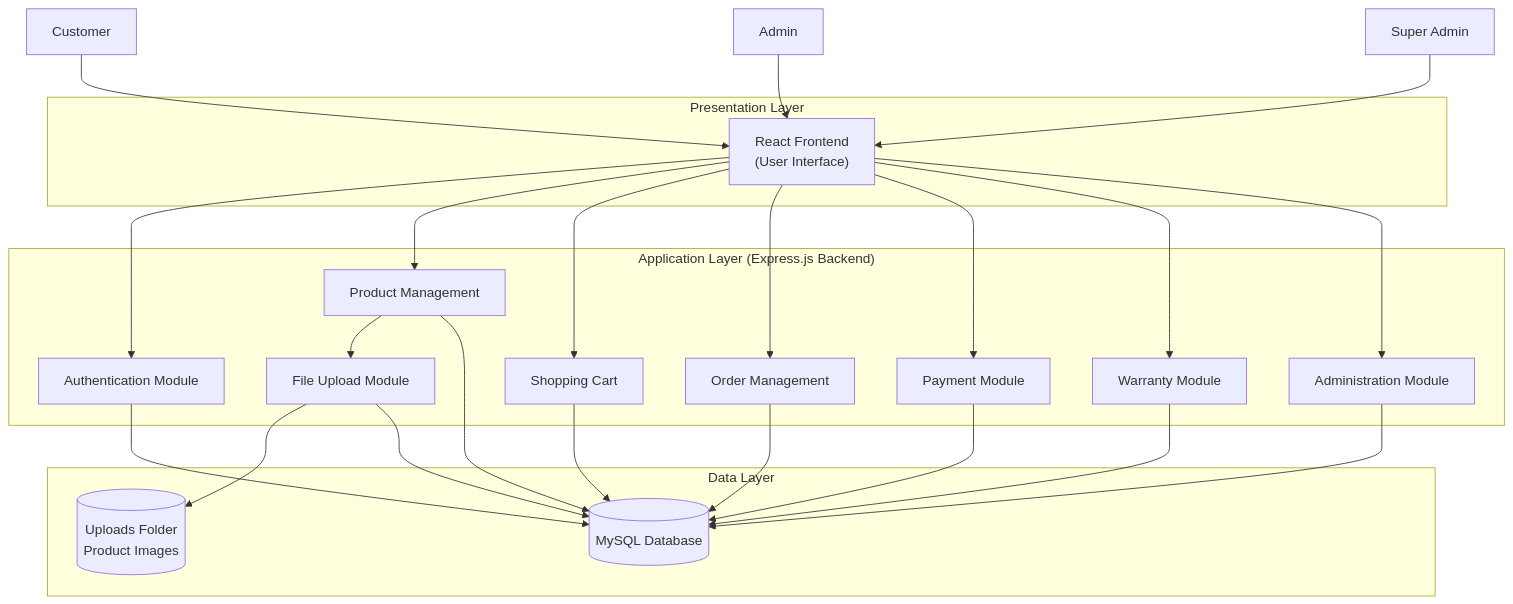
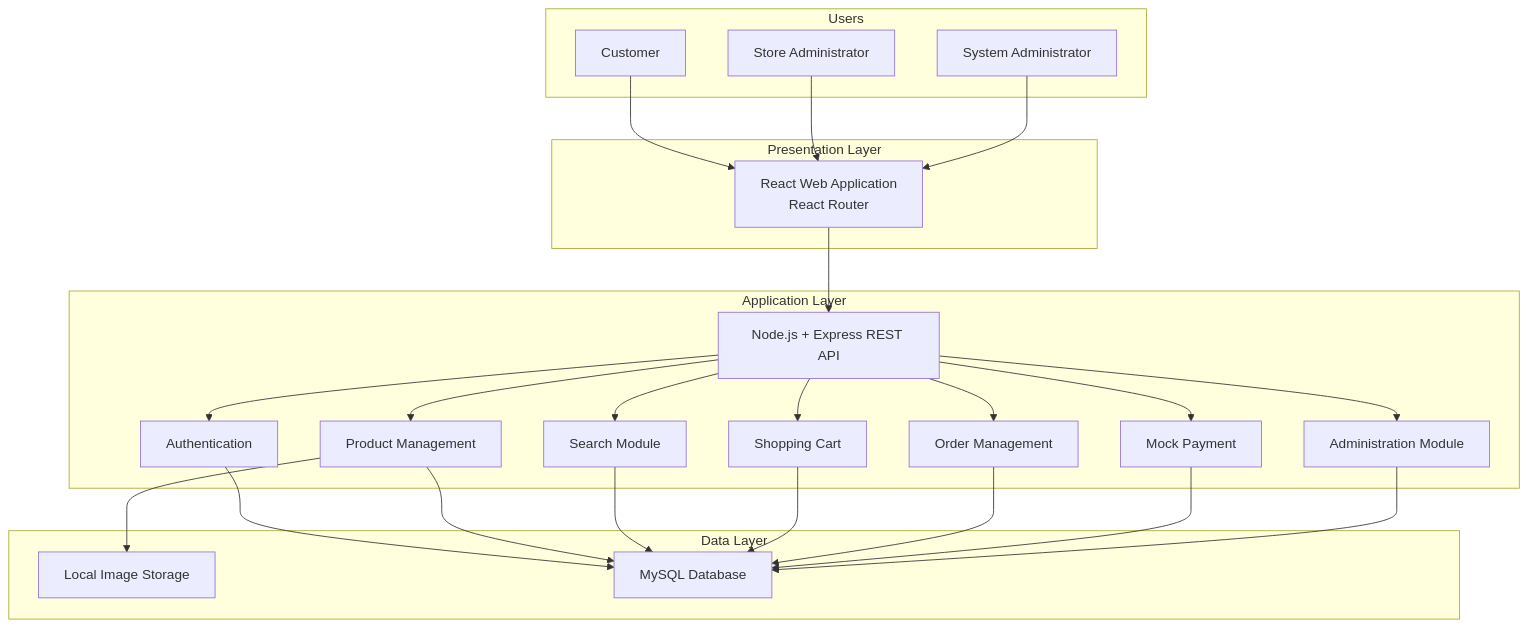
One commit to Best-Boun/workshop changed the first of 2 diagrams in README.md. Above: the diagram before and after it, drawn with Mermaid. The commit also changed other lines of this file and 19 other files, not shown here.

````diff
--- a/README.md
+++ b/README.md
@@ -101,84 +168,44 @@
-```mermaid
+<div class="mermaid">
 flowchart TB
-
-%% ======================================
-%% Users
-%% ======================================
-
-Customer[Customer]
-Admin[Admin]
-SuperAdmin[Super Admin]
-
-%% ======================================
-%% Presentation Layer
-%% ======================================
-
-subgraph Presentation["Presentation Layer"]
-Frontend["React Frontend<br/>(User Interface)"]
+subgraph Users
+Customer["Customer"]
+Admin["Store Administrator"]
+SuperAdmin["System Administrator"]
 end
-
-%% ======================================
-%% Application Layer
-%% ======================================
-
-subgraph Application["Application Layer (Express.js Backend)"]
-
-Auth["Authentication Module"]
-
+subgraph Presentation_Layer["Presentation Layer"]
+React["React Web Application<br/>React Router"]
+end
+subgraph Application_Layer["Application Layer"]
+Express["Node.js + Express REST API"]
+Auth["Authentication"]
 Product["Product Management"]
-
+Search["Search Module"]
 Cart["Shopping Cart"]
-
 Order["Order Management"]
-
-Payment["Payment Module"]
-
-Warranty["Warranty Module"]
-
+Payment["Mock Payment"]
 AdminModule["Administration Module"]
-
-Upload["File Upload Module"]
-
 end
-
-%% ======================================
-%% Data Layer
-%% ======================================
-
-subgraph Data["Data Layer"]
-
-Database[("MySQL Database")]
-
-Storage[("Uploads Folder<br/>Product Images")]
-
+subgraph Data_Layer["Data Layer"]
+Upload["Local Image Storage"]
+DB["MySQL Database"]
 end
-
-%% ======================================
-%% Connections
-%% ======================================
-
-Customer --> Frontend
-Admin --> Frontend
-SuperAdmin --> Frontend
-
-Frontend --> Auth
-Frontend --> Product
-Frontend --> Cart
-Frontend --> Order
-Frontend --> Payment
-Frontend --> Warranty
-Frontend --> AdminModule
-
+Customer --> React
+Admin --> React
+SuperAdmin --> React
+React --> Express
+Express --> Auth
+Express --> Product
+Express --> Search
+Express --> Cart
+Express --> Order
+Express --> Payment
+Express --> AdminModule
 Product --> Upload
-
-Auth --> Database
-Product --> Database
-Cart --> Database
-Order --> Database
-Payment --> Database
-Warranty --> Database
-AdminModule --> Database
-
-Upload --> Storage
-Upload --> Database
-```
+Auth --> DB
+Product --> DB
+Search --> DB
+Cart --> DB
+Order --> DB
+Payment --> DB
+AdminModule --> DB
+</div>
````
